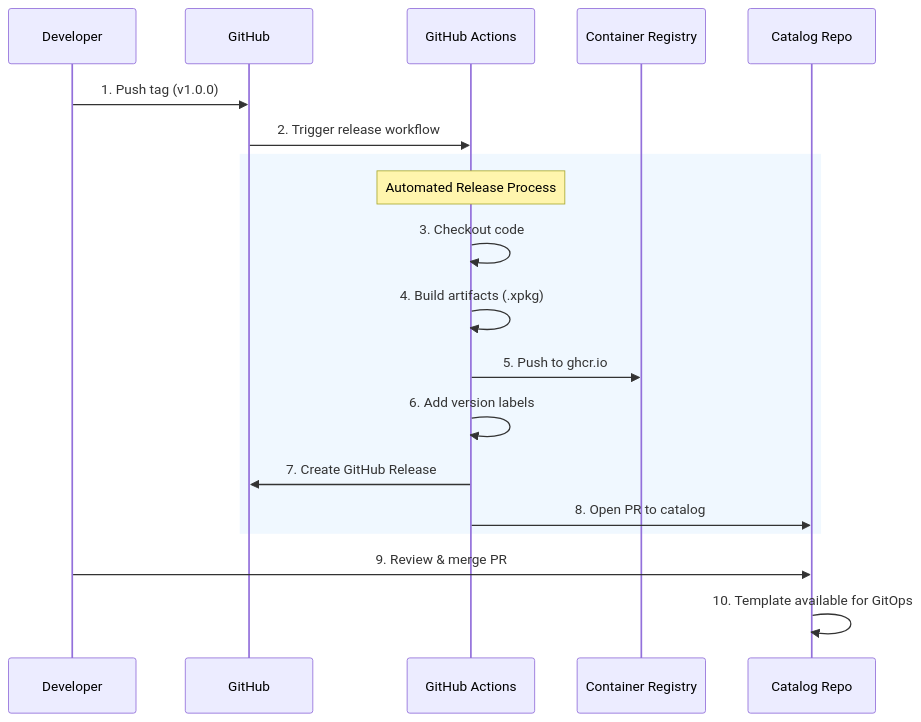
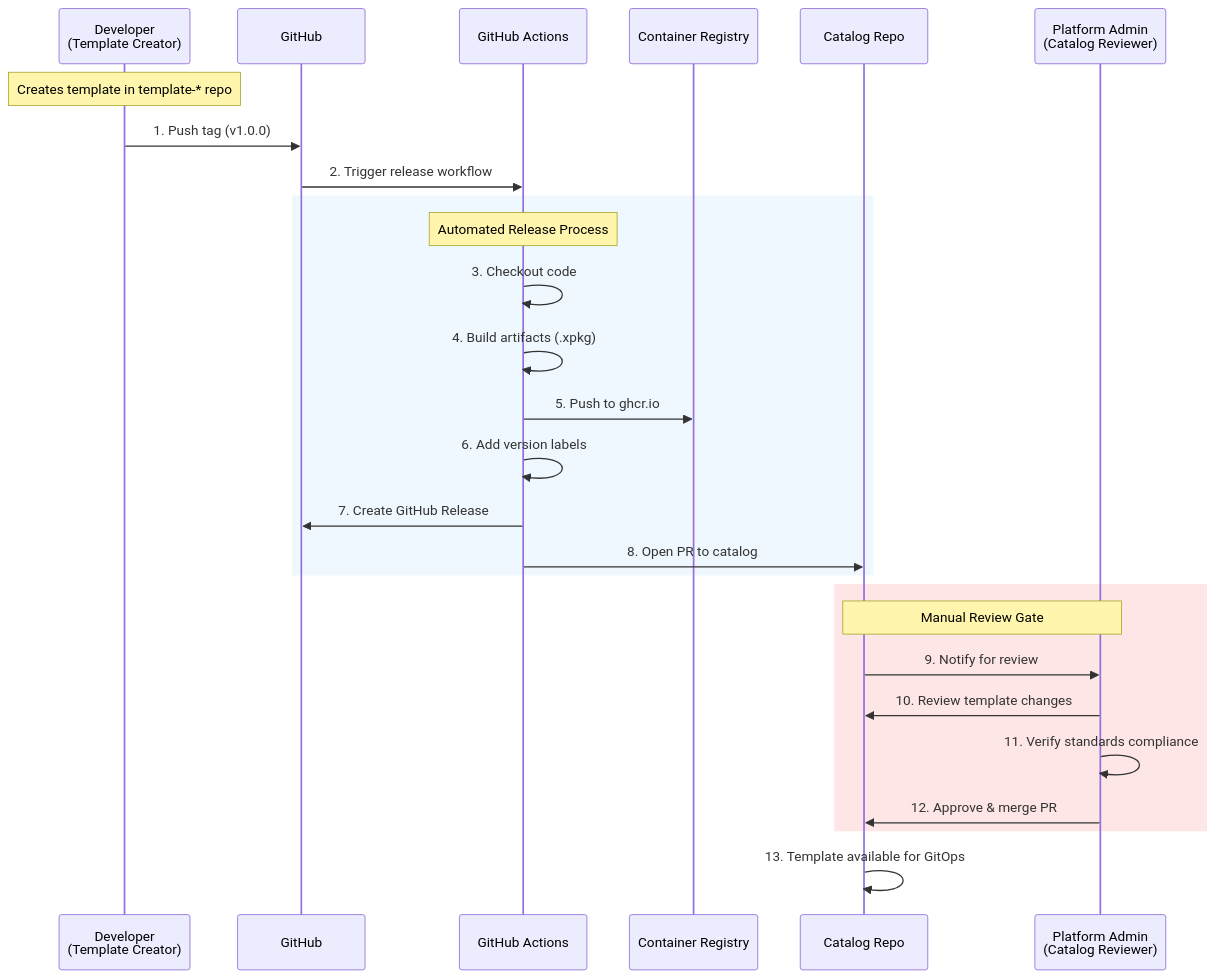
One commit to open-service-portal/portal-workspace changed the seventh of 20 diagrams in docs/workflow.md. Above: the diagram before and after it, drawn with Mermaid. The commit also changed other lines of this file, not shown here.

First line of the commit message:
docs: enhance workflow documentation with PR review focus

````diff
--- a/docs/workflow.md
+++ b/docs/workflow.md
@@ -137,24 +224,33 @@
 ```mermaid
 sequenceDiagram
-    participant Dev as Developer
+    participant Dev as Developer<br/>(Template Creator)
     participant GH as GitHub
     participant GA as GitHub Actions
     participant Reg as Container Registry
     participant Cat as Catalog Repo
+    participant Admin as Platform Admin<br/>(Catalog Reviewer)
     
+    Note over Dev: Creates template in template-* repo
     Dev->>GH: 1. Push tag (v1.0.0)
     GH->>GA: 2. Trigger release workflow
     
     rect rgb(240, 248, 255)
         Note over GA: Automated Release Process
         GA->>GA: 3. Checkout code
         GA->>GA: 4. Build artifacts (.xpkg)
         GA->>Reg: 5. Push to ghcr.io
         GA->>GA: 6. Add version labels
         GA->>GH: 7. Create GitHub Release
         GA->>Cat: 8. Open PR to catalog
     end
     
-    Dev->>Cat: 9. Review & merge PR
-    Cat->>Cat: 10. Template available for GitOps
+    rect rgb(255, 230, 230)
+        Note over Admin,Cat: Manual Review Gate
+        Cat->>Admin: 9. Notify for review
+        Admin->>Cat: 10. Review template changes
+        Admin->>Admin: 11. Verify standards compliance
+        Admin->>Cat: 12. Approve & merge PR
+    end
+    
+    Cat->>Cat: 13. Template available for GitOps
 ```
````
